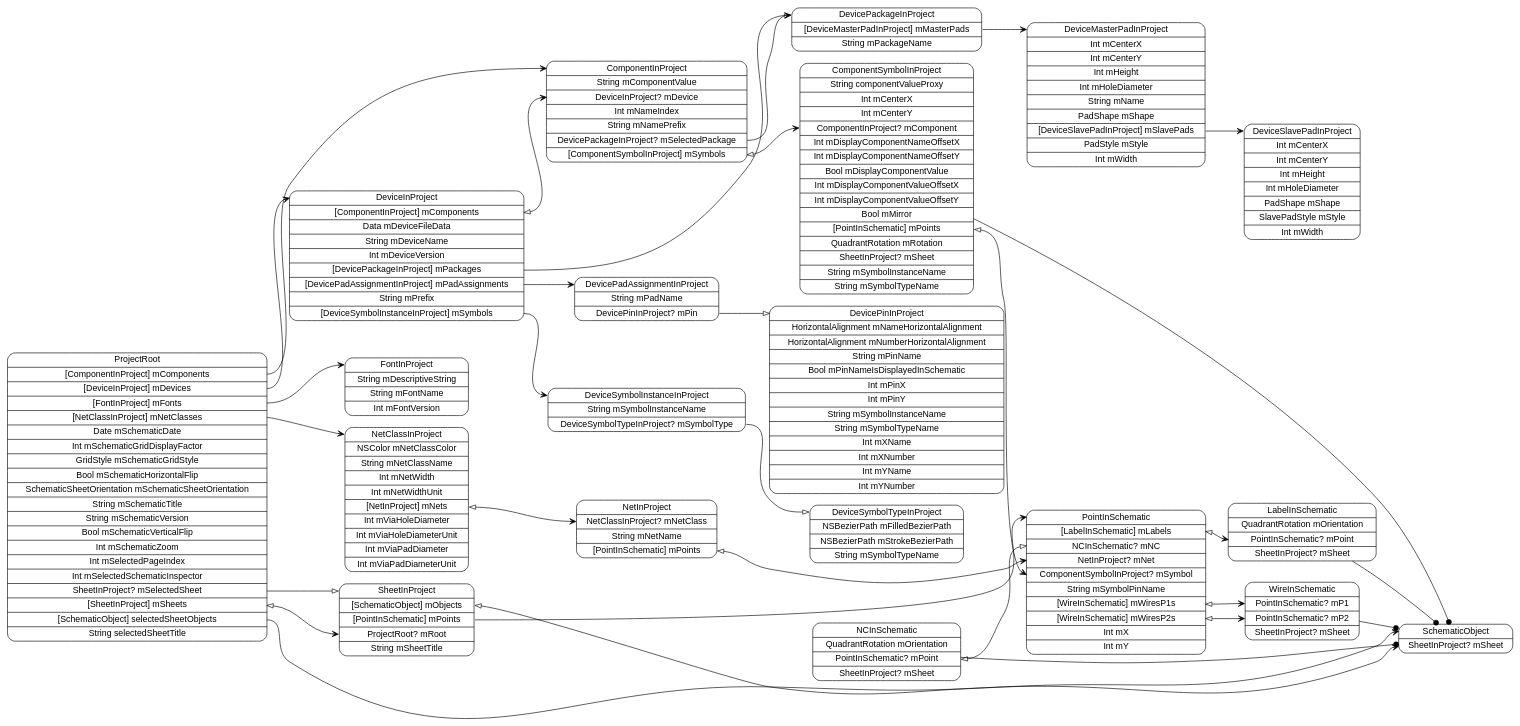
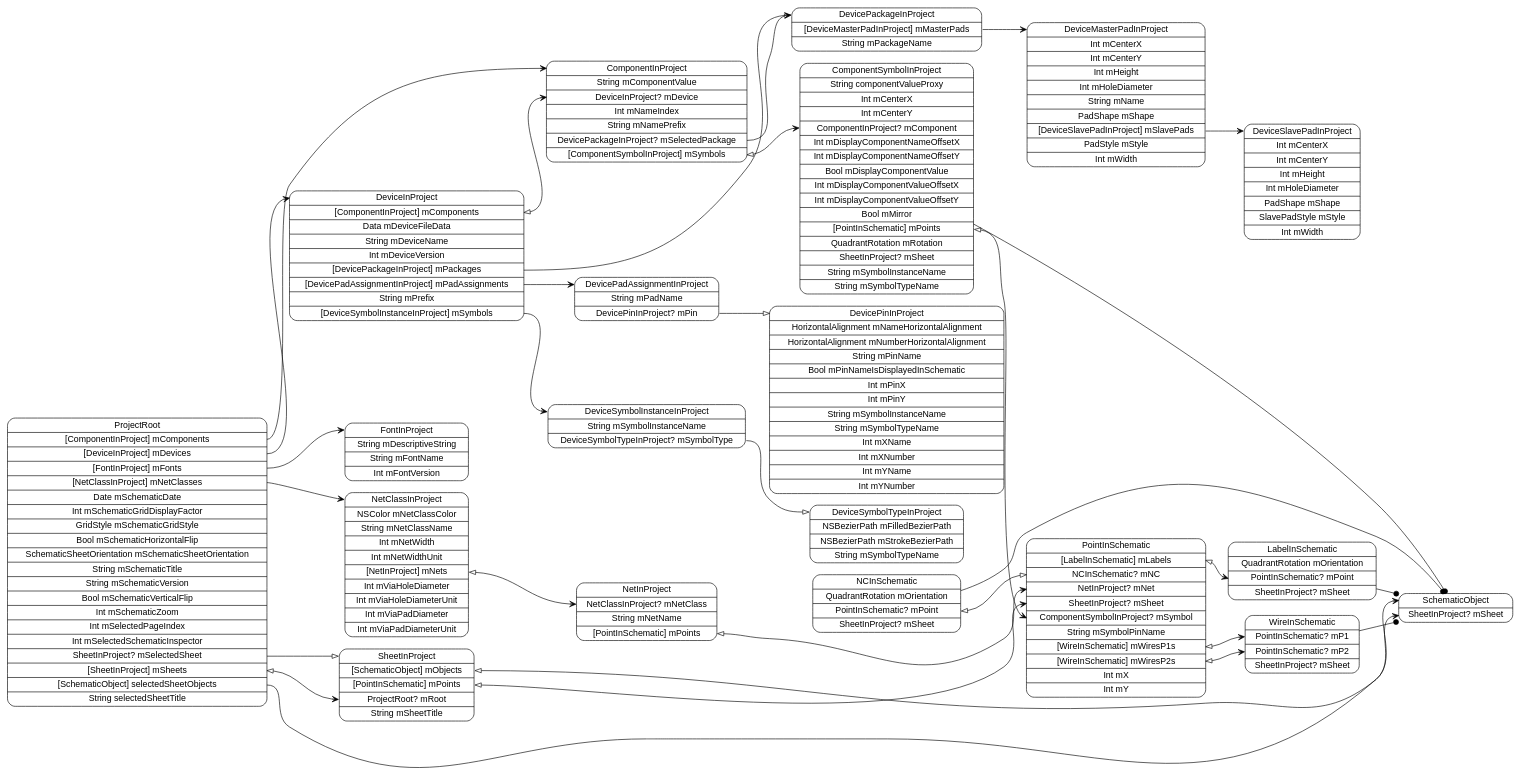
The diagram in models/ProjectRoot.dot (pierremolinaro/ElCanari-dev), drawn with Graphviz before and after one commit. The commit also changed 33 other files, not shown here.

```diff
--- a/models/ProjectRoot.dot
+++ b/models/ProjectRoot.dot
@@ -1,54 +1,54 @@
 digraph G {
   rankdir=LR ;
   node [shape=record fontname=helvetica style=rounded] ;
   ProjectRoot[label="<ProjectRoot>ProjectRoot|<mComponents>[ComponentInProject] mComponents|<mDevices>[DeviceInProject] mDevices|<mFonts>[FontInProject] mFonts|<mNetClasses>[NetClassInProject] mNetClasses|Date mSchematicDate|Int mSchematicGridDisplayFactor|GridStyle mSchematicGridStyle|Bool mSchematicHorizontalFlip|SchematicSheetOrientation mSchematicSheetOrientation|String mSchematicTitle|String mSchematicVersion|Bool mSchematicVerticalFlip|Int mSchematicZoom|Int mSelectedPageIndex|Int mSelectedSchematicInspector|<mSelectedSheet>SheetInProject? mSelectedSheet|<mSheets>[SheetInProject] mSheets|<selectedSheetObjects>[SchematicObject] selectedSheetObjects|String selectedSheetTitle"] ;
   SchematicObject[label="<SchematicObject>SchematicObject|<mSheet>SheetInProject? mSheet"] ;
   SheetInProject[label="<SheetInProject>SheetInProject|<mObjects>[SchematicObject] mObjects|<mPoints>[PointInSchematic] mPoints|<mRoot>ProjectRoot? mRoot|String mSheetTitle"] ;
-  PointInSchematic[label="<PointInSchematic>PointInSchematic|<mLabels>[LabelInSchematic] mLabels|<mNC>NCInSchematic? mNC|<mNet>NetInProject? mNet|<mSymbol>ComponentSymbolInProject? mSymbol|String mSymbolPinName|<mWiresP1s>[WireInSchematic] mWiresP1s|<mWiresP2s>[WireInSchematic] mWiresP2s|Int mX|Int mY"] ;
+  PointInSchematic[label="<PointInSchematic>PointInSchematic|<mLabels>[LabelInSchematic] mLabels|<mNC>NCInSchematic? mNC|<mNet>NetInProject? mNet|<mSheet>SheetInProject? mSheet|<mSymbol>ComponentSymbolInProject? mSymbol|String mSymbolPinName|<mWiresP1s>[WireInSchematic] mWiresP1s|<mWiresP2s>[WireInSchematic] mWiresP2s|Int mX|Int mY"] ;
   WireInSchematic[label="<WireInSchematic>WireInSchematic|<mP1>PointInSchematic? mP1|<mP2>PointInSchematic? mP2|<mSheet>SheetInProject? mSheet"] ;
   NCInSchematic[label="<NCInSchematic>NCInSchematic|QuadrantRotation mOrientation|<mPoint>PointInSchematic? mPoint|<mSheet>SheetInProject? mSheet"] ;
   LabelInSchematic[label="<LabelInSchematic>LabelInSchematic|QuadrantRotation mOrientation|<mPoint>PointInSchematic? mPoint|<mSheet>SheetInProject? mSheet"] ;
   NetClassInProject[label="<NetClassInProject>NetClassInProject|NSColor mNetClassColor|String mNetClassName|Int mNetWidth|Int mNetWidthUnit|<mNets>[NetInProject] mNets|Int mViaHoleDiameter|Int mViaHoleDiameterUnit|Int mViaPadDiameter|Int mViaPadDiameterUnit"] ;
   NetInProject[label="<NetInProject>NetInProject|<mNetClass>NetClassInProject? mNetClass|String mNetName|<mPoints>[PointInSchematic] mPoints"] ;
   FontInProject[label="<FontInProject>FontInProject|String mDescriptiveString|String mFontName|Int mFontVersion"] ;
   DeviceInProject[label="<DeviceInProject>DeviceInProject|<mComponents>[ComponentInProject] mComponents|Data mDeviceFileData|String mDeviceName|Int mDeviceVersion|<mPackages>[DevicePackageInProject] mPackages|<mPadAssignments>[DevicePadAssignmentInProject] mPadAssignments|String mPrefix|<mSymbols>[DeviceSymbolInstanceInProject] mSymbols"] ;
   DeviceSymbolInstanceInProject[label="<DeviceSymbolInstanceInProject>DeviceSymbolInstanceInProject|String mSymbolInstanceName|<mSymbolType>DeviceSymbolTypeInProject? mSymbolType"] ;
   DeviceSymbolTypeInProject[label="<DeviceSymbolTypeInProject>DeviceSymbolTypeInProject|NSBezierPath mFilledBezierPath|NSBezierPath mStrokeBezierPath|String mSymbolTypeName"] ;
   DevicePadAssignmentInProject[label="<DevicePadAssignmentInProject>DevicePadAssignmentInProject|String mPadName|<mPin>DevicePinInProject? mPin"] ;
   DevicePinInProject[label="<DevicePinInProject>DevicePinInProject|HorizontalAlignment mNameHorizontalAlignment|HorizontalAlignment mNumberHorizontalAlignment|String mPinName|Bool mPinNameIsDisplayedInSchematic|Int mPinX|Int mPinY|String mSymbolInstanceName|String mSymbolTypeName|Int mXName|Int mXNumber|Int mYName|Int mYNumber"] ;
   DevicePackageInProject[label="<DevicePackageInProject>DevicePackageInProject|<mMasterPads>[DeviceMasterPadInProject] mMasterPads|String mPackageName"] ;
   DeviceMasterPadInProject[label="<DeviceMasterPadInProject>DeviceMasterPadInProject|Int mCenterX|Int mCenterY|Int mHeight|Int mHoleDiameter|String mName|PadShape mShape|<mSlavePads>[DeviceSlavePadInProject] mSlavePads|PadStyle mStyle|Int mWidth"] ;
   DeviceSlavePadInProject[label="<DeviceSlavePadInProject>DeviceSlavePadInProject|Int mCenterX|Int mCenterY|Int mHeight|Int mHoleDiameter|PadShape mShape|SlavePadStyle mStyle|Int mWidth"] ;
   ComponentInProject[label="<ComponentInProject>ComponentInProject|String mComponentValue|<mDevice>DeviceInProject? mDevice|Int mNameIndex|String mNamePrefix|<mSelectedPackage>DevicePackageInProject? mSelectedPackage|<mSymbols>[ComponentSymbolInProject] mSymbols"] ;
   ComponentSymbolInProject[label="<ComponentSymbolInProject>ComponentSymbolInProject|String componentValueProxy|Int mCenterX|Int mCenterY|<mComponent>ComponentInProject? mComponent|Int mDisplayComponentNameOffsetX|Int mDisplayComponentNameOffsetY|Bool mDisplayComponentValue|Int mDisplayComponentValueOffsetX|Int mDisplayComponentValueOffsetY|Bool mMirror|<mPoints>[PointInSchematic] mPoints|QuadrantRotation mRotation|<mSheet>SheetInProject? mSheet|String mSymbolInstanceName|String mSymbolTypeName"] ;
   ProjectRoot:mComponents -> ComponentInProject:ComponentInProject [dir=both arrowtail=none arrowhead=vee] ;
   ProjectRoot:mDevices -> DeviceInProject:DeviceInProject [dir=both arrowtail=none arrowhead=vee] ;
   ProjectRoot:mFonts -> FontInProject:FontInProject [dir=both arrowtail=none arrowhead=vee] ;
   ProjectRoot:mNetClasses -> NetClassInProject:NetClassInProject [dir=both arrowtail=none arrowhead=vee] ;
   ProjectRoot:mSelectedSheet -> SheetInProject:SheetInProject [dir=both arrowtail=none arrowhead=onormal] ;
   ProjectRoot:mSheets -> SheetInProject:mRoot [dir=both arrowtail=onormal arrowhead=vee] ;
   ProjectRoot:selectedSheetObjects -> SchematicObject:SchematicObject [dir=both arrowtail=none arrowhead=vee] ;
   SheetInProject:mObjects -> SchematicObject:mSheet [dir=both arrowtail=onormal arrowhead=vee] ;
-  SheetInProject:mPoints -> PointInSchematic:PointInSchematic [dir=both arrowtail=none arrowhead=vee] ;
+  SheetInProject:mPoints -> PointInSchematic:mSheet [dir=both arrowtail=onormal arrowhead=vee] ;
   PointInSchematic:mLabels -> LabelInSchematic:mPoint [dir=both arrowtail=onormal arrowhead=vee] ;
   PointInSchematic:mWiresP1s -> WireInSchematic:mP1 [dir=both arrowtail=onormal arrowhead=vee] ;
   PointInSchematic:mWiresP2s -> WireInSchematic:mP2 [dir=both arrowtail=onormal arrowhead=vee] ;
   WireInSchematic -> SchematicObject [arrowhead=dot] ;
   NCInSchematic -> SchematicObject [arrowhead=dot] ;
   NCInSchematic:mPoint -> PointInSchematic:mNC [dir=both arrowtail=onormal arrowhead=onormal] ;
   LabelInSchematic -> SchematicObject [arrowhead=dot] ;
   NetClassInProject:mNets -> NetInProject:mNetClass [dir=both arrowtail=onormal arrowhead=vee] ;
   NetInProject:mPoints -> PointInSchematic:mNet [dir=both arrowtail=onormal arrowhead=vee] ;
   DeviceInProject:mComponents -> ComponentInProject:mDevice [dir=both arrowtail=onormal arrowhead=vee] ;
   DeviceInProject:mPackages -> DevicePackageInProject:DevicePackageInProject [dir=both arrowtail=none arrowhead=vee] ;
   DeviceInProject:mPadAssignments -> DevicePadAssignmentInProject:DevicePadAssignmentInProject [dir=both arrowtail=none arrowhead=vee] ;
   DeviceInProject:mSymbols -> DeviceSymbolInstanceInProject:DeviceSymbolInstanceInProject [dir=both arrowtail=none arrowhead=vee] ;
   DeviceSymbolInstanceInProject:mSymbolType -> DeviceSymbolTypeInProject:DeviceSymbolTypeInProject [dir=both arrowtail=none arrowhead=onormal] ;
   DevicePadAssignmentInProject:mPin -> DevicePinInProject:DevicePinInProject [dir=both arrowtail=none arrowhead=onormal] ;
   DevicePackageInProject:mMasterPads -> DeviceMasterPadInProject:DeviceMasterPadInProject [dir=both arrowtail=none arrowhead=vee] ;
   DeviceMasterPadInProject:mSlavePads -> DeviceSlavePadInProject:DeviceSlavePadInProject [dir=both arrowtail=none arrowhead=vee] ;
   ComponentInProject:mSelectedPackage -> DevicePackageInProject:DevicePackageInProject [dir=both arrowtail=none arrowhead=onormal] ;
   ComponentInProject:mSymbols -> ComponentSymbolInProject:mComponent [dir=both arrowtail=onormal arrowhead=vee] ;
   ComponentSymbolInProject -> SchematicObject [arrowhead=dot] ;
   ComponentSymbolInProject:mPoints -> PointInSchematic:mSymbol [dir=both arrowtail=onormal arrowhead=vee] ;
 }
```
